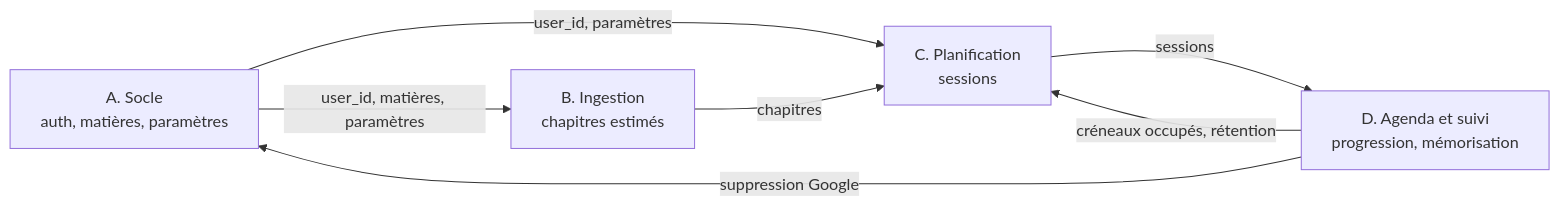
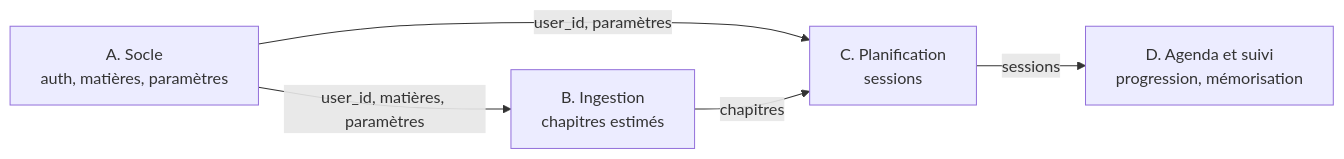
Before and after one commit to iammigjoe/Projet-AI-ASSISTED-CODING: the diagram in docs/repartition_taches.md, drawn with Mermaid. The commit also changed other lines of this file and 4 other files, not shown here.

````diff
--- a/docs/repartition_taches.md
+++ b/docs/repartition_taches.md
@@ -119,14 +126,12 @@
 ```mermaid
 flowchart LR
     A["A. Socle<br/>auth, matières, paramètres"]
     B["B. Ingestion<br/>chapitres estimés"]
     C["C. Planification<br/>sessions"]
     D["D. Agenda et suivi<br/>progression, mémorisation"]
 
     A -->|user_id, matières, paramètres| B
     A -->|user_id, paramètres| C
     B -->|chapitres| C
     C -->|sessions| D
-    D -->|créneaux occupés, rétention| C
-    D -->|suppression Google| A
 ```
````
